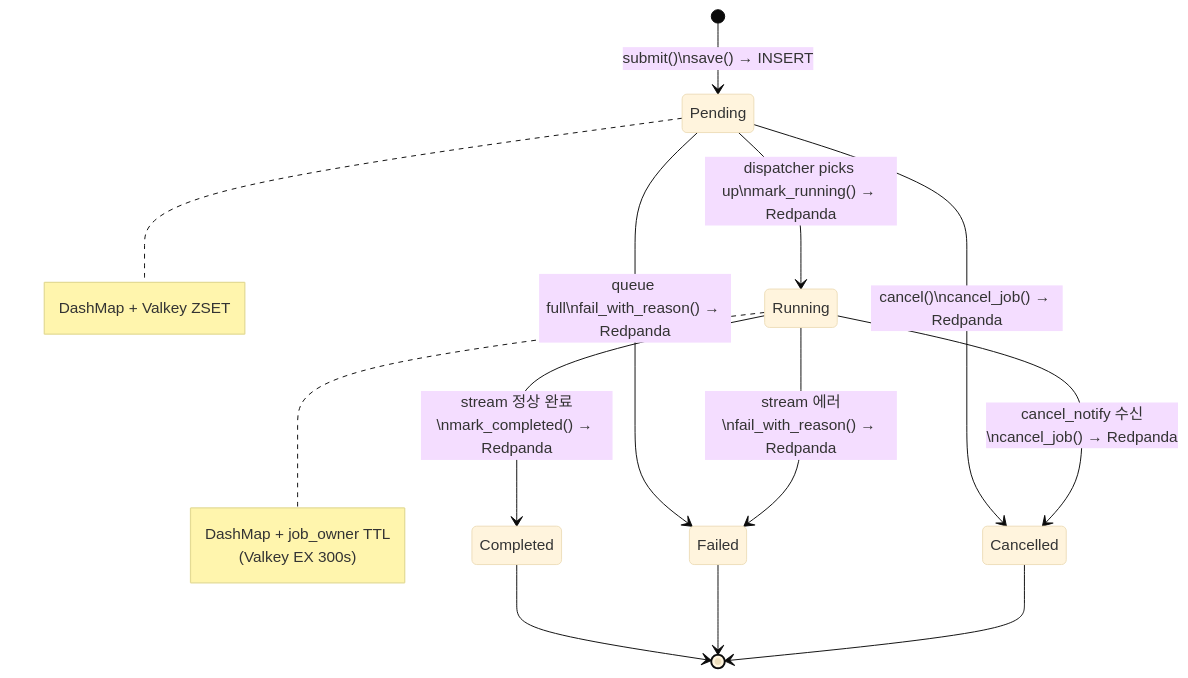
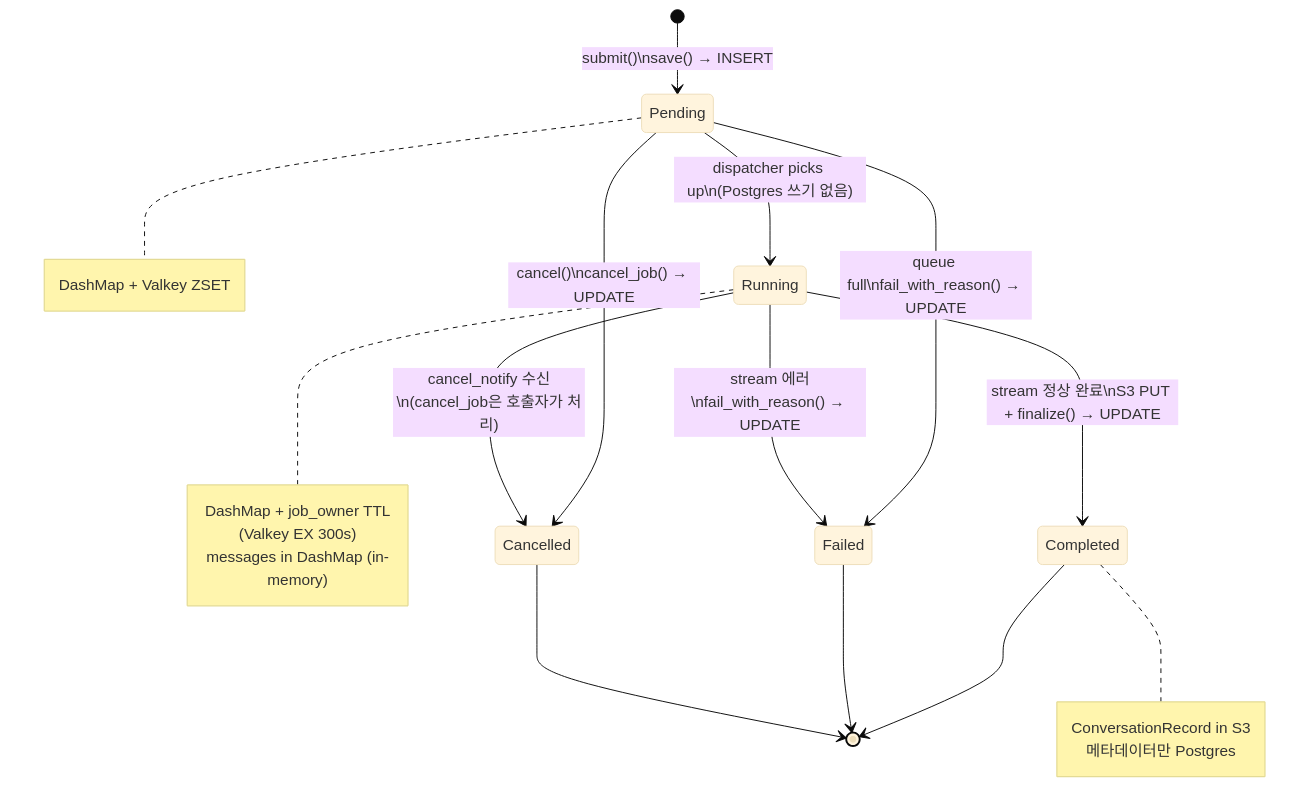
One commit to beegy-labs/veronex changed the sixth of 7 diagrams in docs/llm/flows/job-event-pipeline.md. Above: the diagram before and after it, drawn with Mermaid (base theme). The commit also changed other lines of this file and 10 other files, not shown here.

````diff
--- a/docs/llm/flows/job-event-pipeline.md
+++ b/docs/llm/flows/job-event-pipeline.md
@@ -277,24 +213,29 @@
 ```mermaid
 stateDiagram-v2
     [*] --> Pending : submit()\nsave() → INSERT
 
-    Pending --> Running : dispatcher picks up\nmark_running() → Redpanda
-    Pending --> Cancelled : cancel()\ncancel_job() → Redpanda
-    Pending --> Failed : queue full\nfail_with_reason() → Redpanda
+    Pending --> Running : dispatcher picks up\n(Postgres 쓰기 없음)
+    Pending --> Cancelled : cancel()\ncancel_job() → UPDATE
+    Pending --> Failed : queue full\nfail_with_reason() → UPDATE
 
-    Running --> Completed : stream 정상 완료\nmark_completed() → Redpanda
-    Running --> Failed : stream 에러\nfail_with_reason() → Redpanda
-    Running --> Cancelled : cancel_notify 수신\ncancel_job() → Redpanda
+    Running --> Completed : stream 정상 완료\nS3 PUT + finalize() → UPDATE
+    Running --> Failed : stream 에러\nfail_with_reason() → UPDATE
+    Running --> Cancelled : cancel_notify 수신\n(cancel_job은 호출자가 처리)
 
     Completed --> [*]
     Failed --> [*]
     Cancelled --> [*]
 
     note right of Pending
         DashMap + Valkey ZSET
     end note
     note right of Running
         DashMap + job_owner TTL
         (Valkey EX 300s)
+        messages in DashMap (in-memory)
+    end note
+    note right of Completed
+        ConversationRecord in S3
+        메타데이터만 Postgres
     end note
 ```
````
